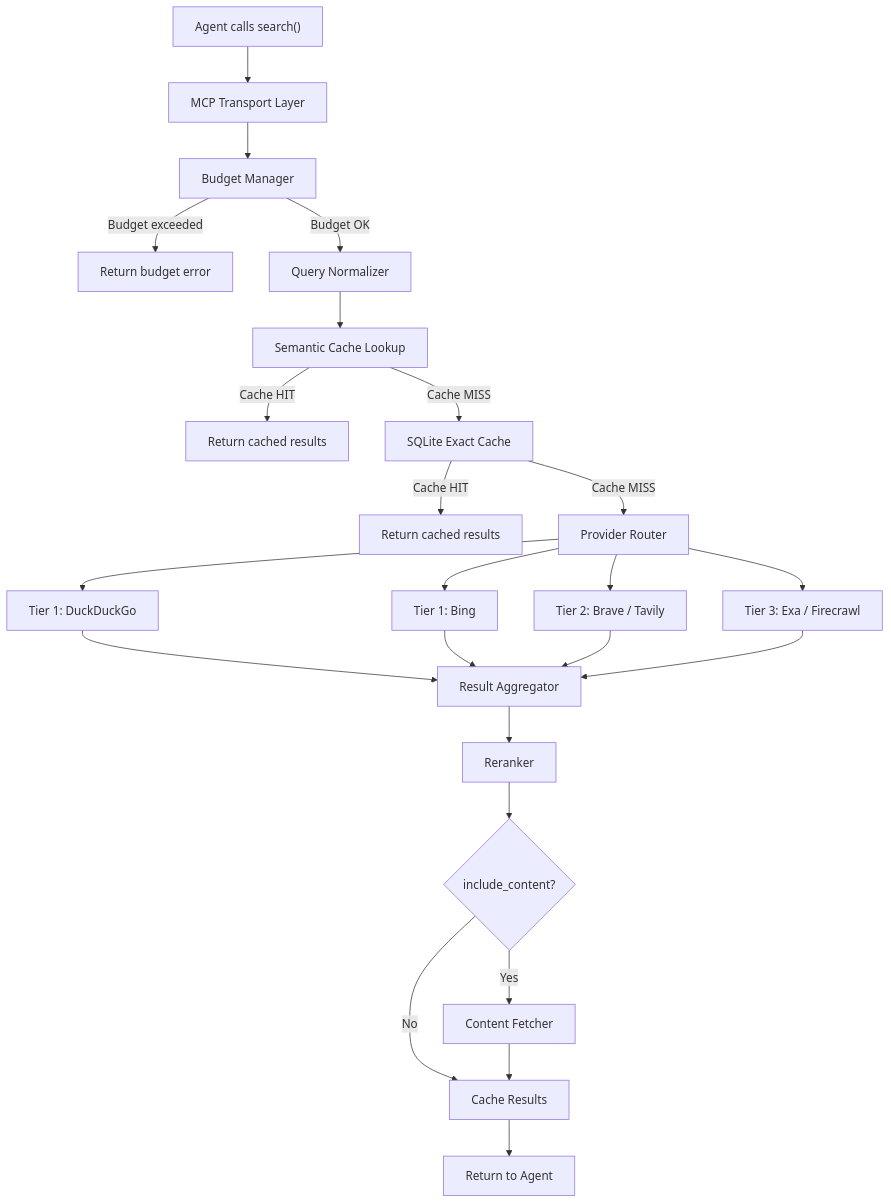
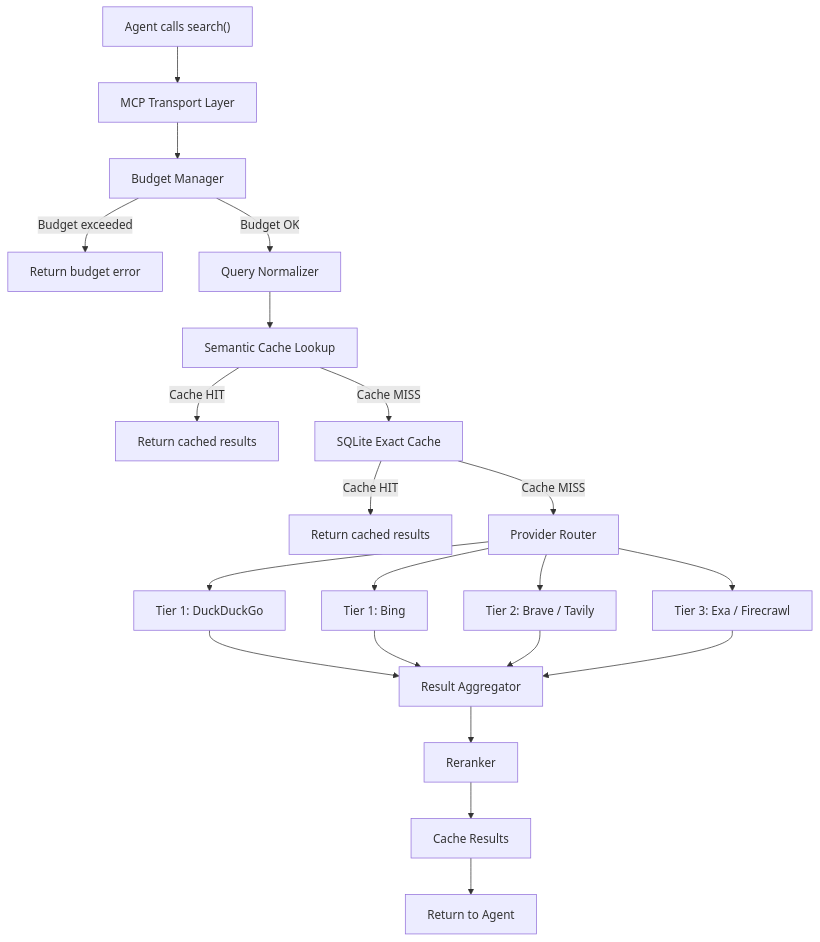
Before and after one commit to ilgizar-valiullin/mcp_search: the first of 3 diagrams in docs/architecture.md, drawn with Mermaid. The commit also changed other lines of this file and 16 other files, not shown here.

Commit message:
chore: bump 1.3.0→1.4.0, remove include_content and fetch layer

````diff
--- a/docs/architecture.md
+++ b/docs/architecture.md
@@ -7,26 +7,23 @@
 ```mermaid
 flowchart TD
     A["Agent calls search()"] --> B[MCP Transport Layer]
     B --> C[Budget Manager]
     C -->|Budget exceeded| C_ERR[Return budget error]
     C -->|Budget OK| D[Query Normalizer]
     D --> E[Semantic Cache Lookup]
     E -->|Cache HIT| F_CACHED[Return cached results]
     E -->|Cache MISS| F[SQLite Exact Cache]
     F -->|Cache HIT| G_CACHED[Return cached results]
     F -->|Cache MISS| G[Provider Router]
     G --> H1[Tier 1: DuckDuckGo]
     G --> H2[Tier 1: Bing]
     G --> H3[Tier 2: Brave / Tavily]
     G --> H4[Tier 3: Exa / Firecrawl]
     H1 --> I[Result Aggregator]
     H2 --> I
     H3 --> I
     H4 --> I
     I --> J[Reranker]
-    J --> K{include_content?}
-    K -->|Yes| L[Content Fetcher]
-    K -->|No| M[Cache Results]
-    L --> M
+    J --> M[Cache Results]
     M --> N[Return to Agent]
 ```
````
